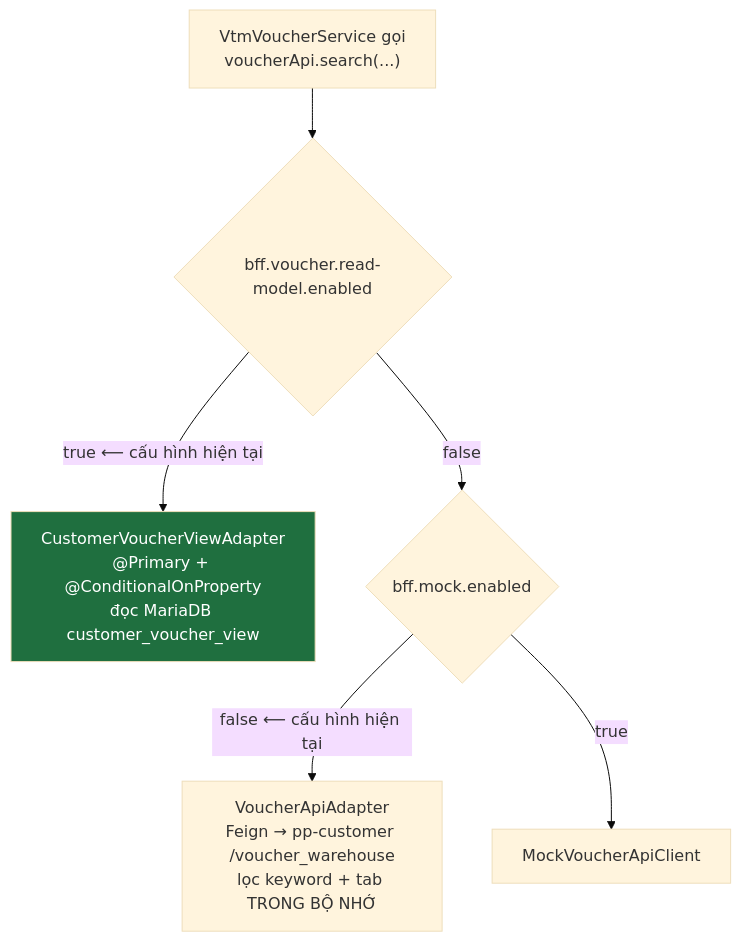
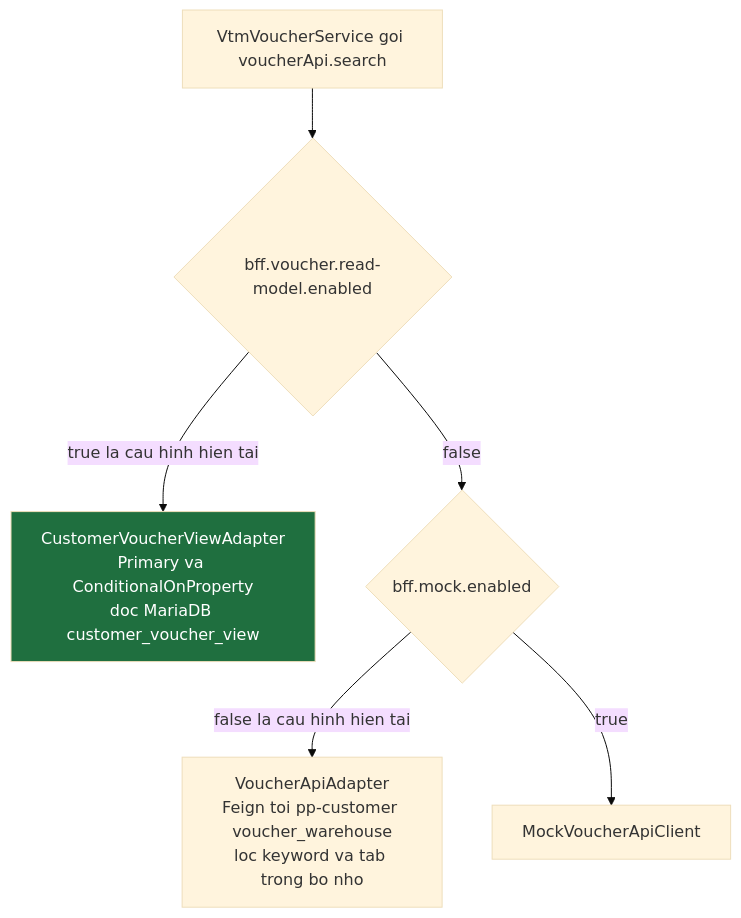
One commit to devtam-02/note-sharing changed the second of 5 diagrams in search-customer-vouchers.md. Above: the diagram before and after it, drawn with Mermaid (base theme). The commit also changed other lines of this file, not shown here.

````diff
--- a/search-customer-vouchers.md
+++ b/search-customer-vouchers.md
@@ -119,10 +122,10 @@
 ```mermaid
 flowchart TD
-    Q["VtmVoucherService gọi<br/>voucherApi.search(...)"] --> D{bff.voucher.read-model.enabled}
-    D -->|true ⟵ cấu hình hiện tại| RM["CustomerVoucherViewAdapter<br/>@Primary + @ConditionalOnProperty<br/>đọc MariaDB customer_voucher_view"]
-    D -->|false| D2{bff.mock.enabled}
-    D2 -->|false ⟵ cấu hình hiện tại| FE["VoucherApiAdapter<br/>Feign → pp-customer /voucher_warehouse<br/>lọc keyword + tab TRONG BỘ NHỚ"]
-    D2 -->|true| MK["MockVoucherApiClient"]
+    Q["VtmVoucherService goi voucherApi.search"] --> D{"bff.voucher.read-model.enabled"}
+    D -->|"true la cau hinh hien tai"| RM["CustomerVoucherViewAdapter<br/>Primary va ConditionalOnProperty<br/>doc MariaDB customer_voucher_view"]
+    D -->|"false"| D2{"bff.mock.enabled"}
+    D2 -->|"false la cau hinh hien tai"| FE["VoucherApiAdapter<br/>Feign toi pp-customer voucher_warehouse<br/>loc keyword va tab trong bo nho"]
+    D2 -->|"true"| MK["MockVoucherApiClient"]
 
-    style RM fill:#1f6f3f,color:#fff
+    style RM fill:#1f6f3f,color:#ffffff
 ```
````
